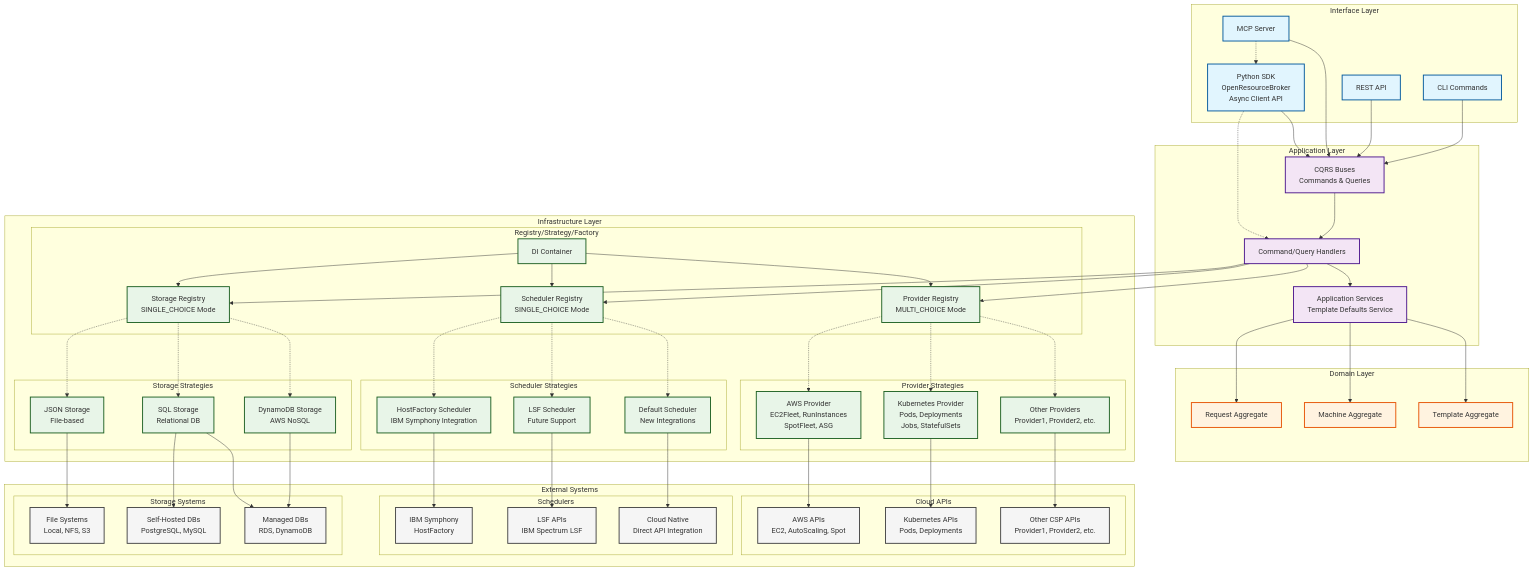
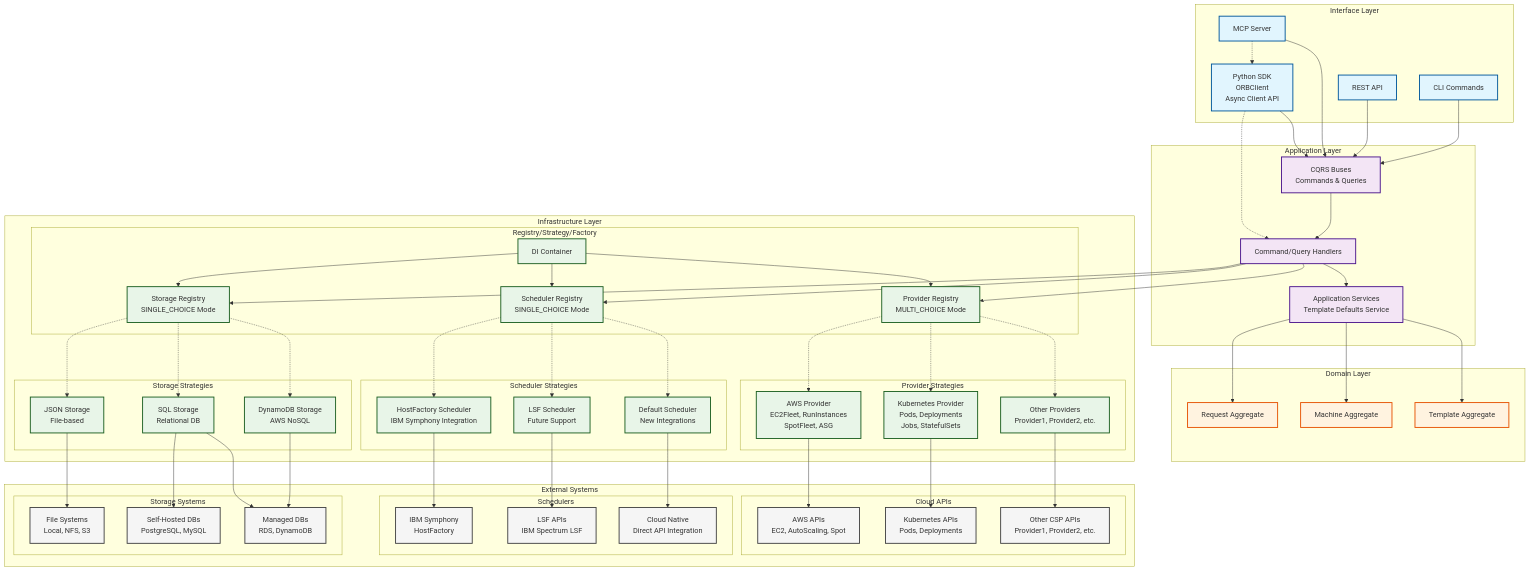
One commit to finos/open-resource-broker changed the diagram in docs/developer_guide/arch.md. Above: the diagram before and after it, drawn with Mermaid. The commit also changed 14 other files, not shown here.

```diff
--- a/docs/developer_guide/arch.md
+++ b/docs/developer_guide/arch.md
@@ -5,7 +5,7 @@
         CLI[CLI Commands]
         API[REST API]
         MCP[MCP Server]
-        SDK[Python SDK<br/>OpenResourceBroker<br/>Async Client API]
+        SDK[Python SDK<br/>ORBClient<br/>Async Client API]
     end
 
     %% Application Layer
```
